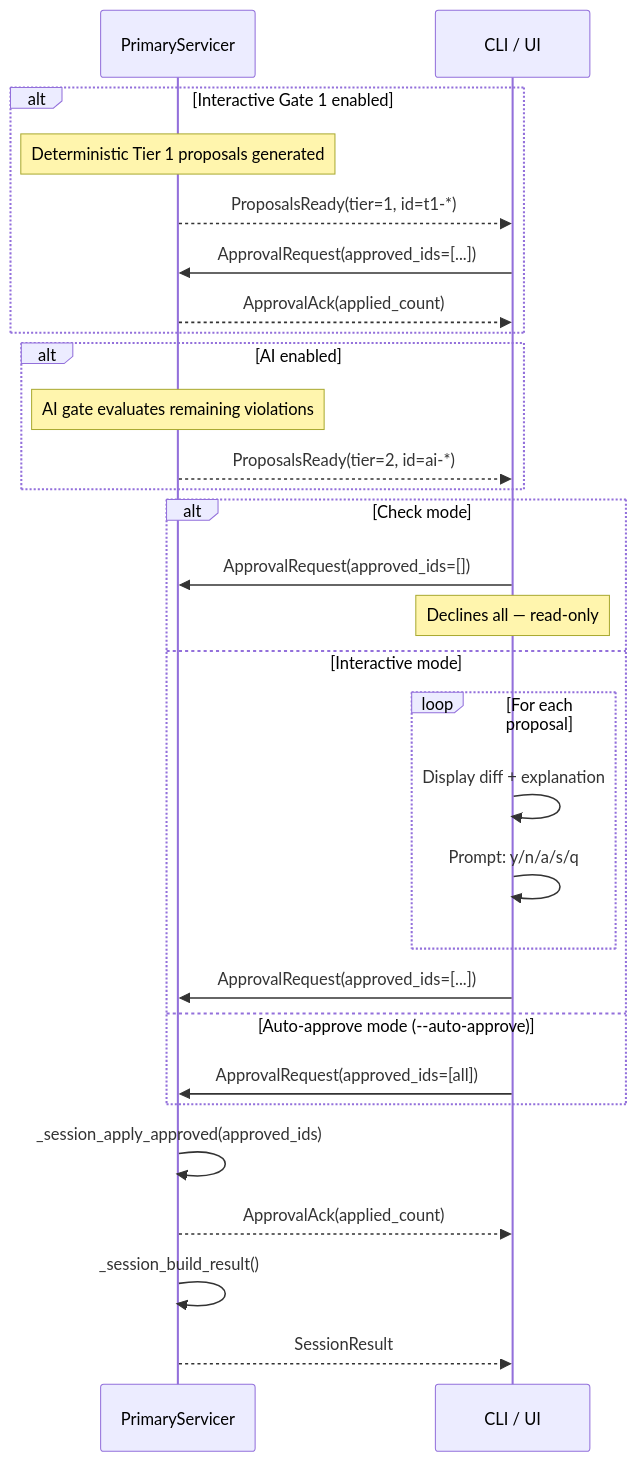
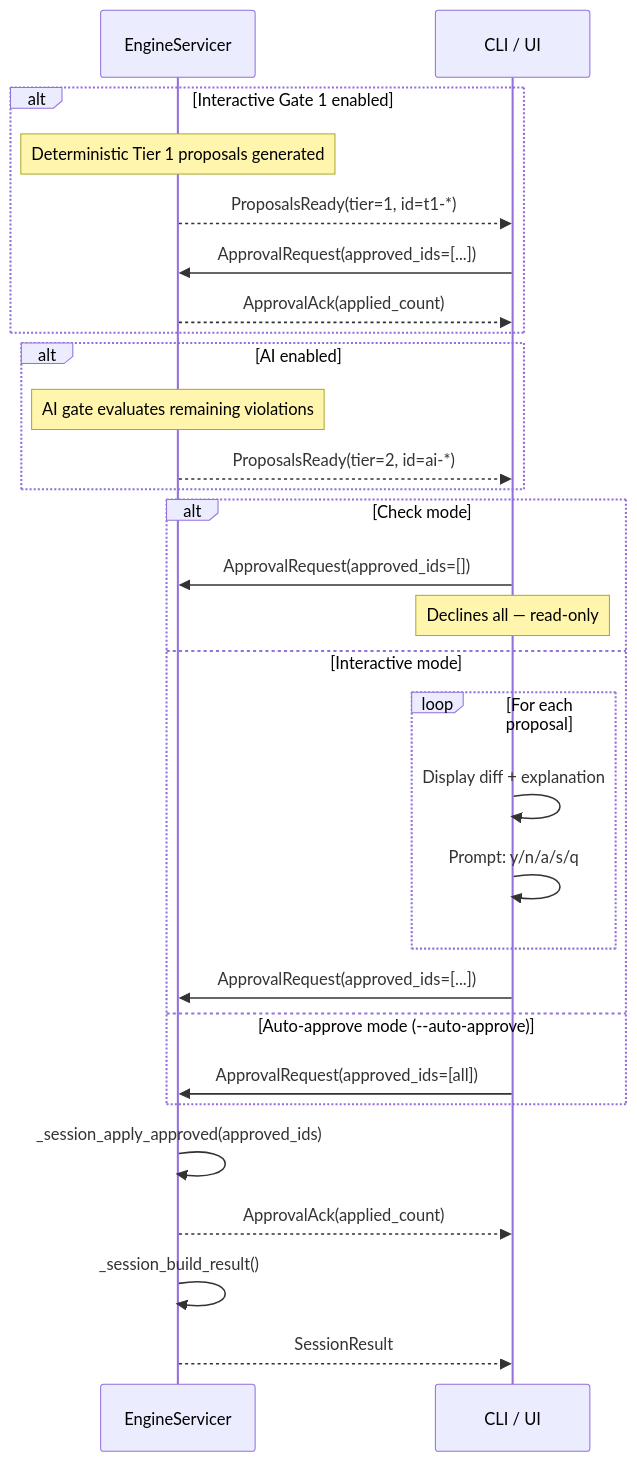
Before and after one commit to ansible/apme: the diagram in docs/architecture/10-human-approval.md, drawn with Mermaid. The commit also changed other lines of this file and 218 other files, not shown here.

First line of the commit message:
refactor: rename Primary orchestrator to Engine (#500)

````diff
--- a/docs/architecture/10-human-approval.md
+++ b/docs/architecture/10-human-approval.md
@@ -15,35 +15,35 @@
 ```mermaid
 sequenceDiagram
-    participant Primary as PrimaryServicer
+    participant Engine as EngineServicer
     participant CLI as CLI / UI
 
     alt Interactive Gate 1 enabled
-        Note over Primary: Deterministic Tier 1 proposals generated
-        Primary-->>CLI: ProposalsReady(tier=1, id=t1-*)
-        CLI->>Primary: ApprovalRequest(approved_ids=[...])
-        Primary-->>CLI: ApprovalAck(applied_count)
+        Note over Engine: Deterministic Tier 1 proposals generated
+        Engine-->>CLI: ProposalsReady(tier=1, id=t1-*)
+        CLI->>Engine: ApprovalRequest(approved_ids=[...])
+        Engine-->>CLI: ApprovalAck(applied_count)
     end
 
     alt AI enabled
-        Note over Primary: AI gate evaluates remaining violations
-        Primary-->>CLI: ProposalsReady(tier=2, id=ai-*)
+        Note over Engine: AI gate evaluates remaining violations
+        Engine-->>CLI: ProposalsReady(tier=2, id=ai-*)
     end
 
     alt Check mode
-        CLI->>Primary: ApprovalRequest(approved_ids=[])
+        CLI->>Engine: ApprovalRequest(approved_ids=[])
         Note over CLI: Declines all — read-only
     else Interactive mode
         loop For each proposal
             CLI->>CLI: Display diff + explanation
             CLI->>CLI: Prompt: y/n/a/s/q
         end
-        CLI->>Primary: ApprovalRequest(approved_ids=[...])
+        CLI->>Engine: ApprovalRequest(approved_ids=[...])
     else Auto-approve mode (--auto-approve)
-        CLI->>Primary: ApprovalRequest(approved_ids=[all])
+        CLI->>Engine: ApprovalRequest(approved_ids=[all])
     end
 
-    Primary->>Primary: _session_apply_approved(approved_ids)
-    Primary-->>CLI: ApprovalAck(applied_count)
-    Primary->>Primary: _session_build_result()
-    Primary-->>CLI: SessionResult
+    Engine->>Engine: _session_apply_approved(approved_ids)
+    Engine-->>CLI: ApprovalAck(applied_count)
+    Engine->>Engine: _session_build_result()
+    Engine-->>CLI: SessionResult
 ```
````
